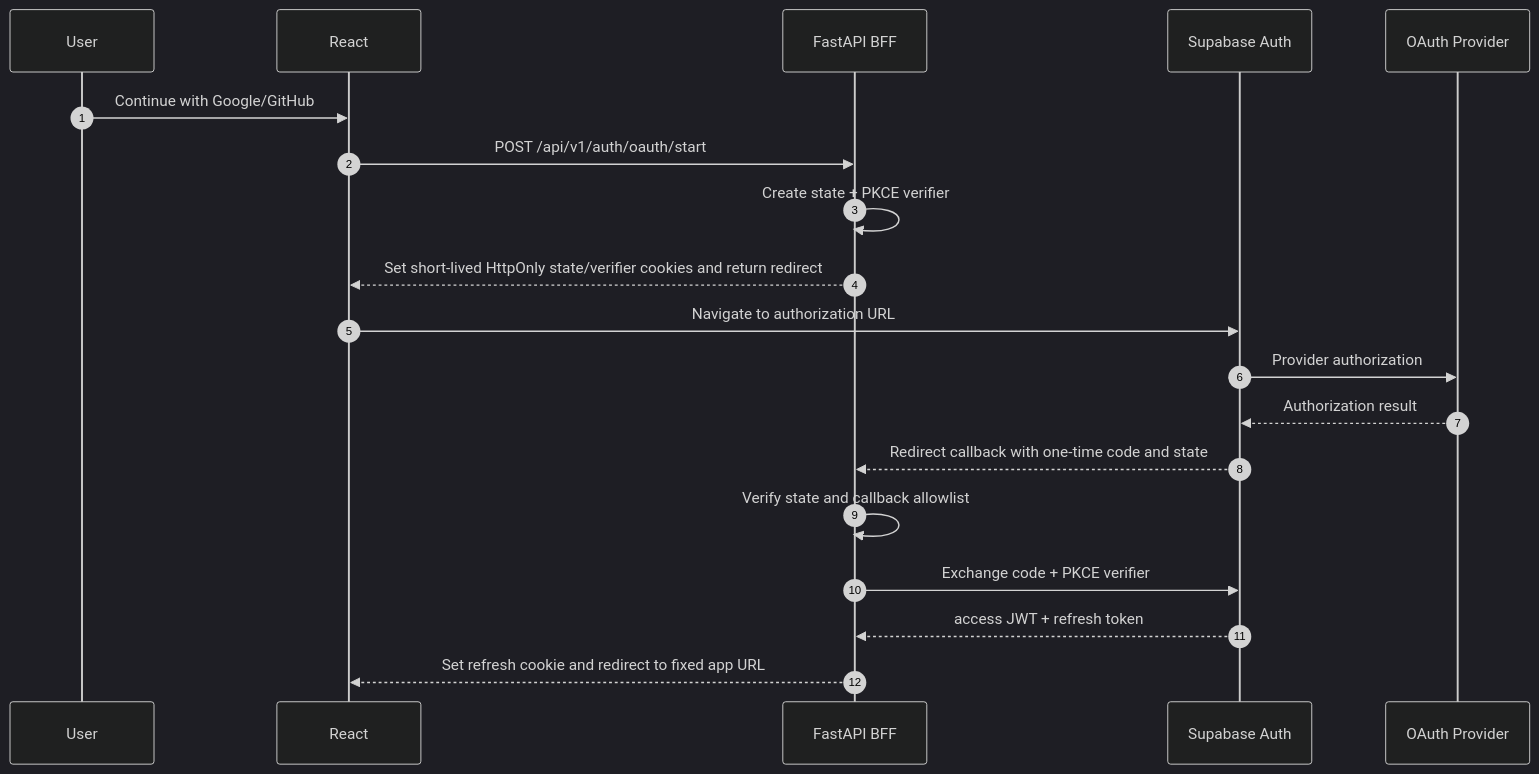
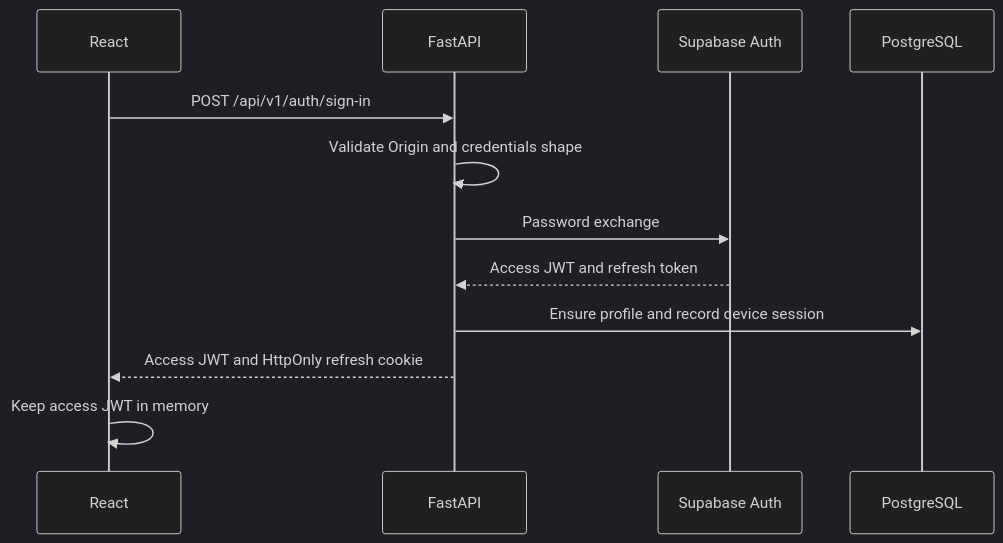
The fourth of 9 diagrams in docs/authentication-and-session-architecture.md (maheshdrago/blog-vault), drawn with Mermaid (dark theme) before and after one commit. The commit also changed other lines of this file and 59 other files, not shown here.

````diff
--- a/docs/authentication-and-session-architecture.md
+++ b/docs/authentication-and-session-architecture.md
@@ -223,22 +171,15 @@
 ```mermaid
 sequenceDiagram
-    autonumber
-    participant U as User
     participant R as React
-    participant F as FastAPI BFF
+    participant F as FastAPI
     participant S as Supabase Auth
-    participant O as OAuth Provider
+    participant D as PostgreSQL
 
-    U->>R: Continue with Google/GitHub
-    R->>F: POST /api/v1/auth/oauth/start
-    F->>F: Create state + PKCE verifier
-    F-->>R: Set short-lived HttpOnly state/verifier cookies and return redirect
-    R->>S: Navigate to authorization URL
-    S->>O: Provider authorization
-    O-->>S: Authorization result
-    S-->>F: Redirect callback with one-time code and state
-    F->>F: Verify state and callback allowlist
-    F->>S: Exchange code + PKCE verifier
-    S-->>F: access JWT + refresh token
-    F-->>R: Set refresh cookie and redirect to fixed app URL
+    R->>F: POST /api/v1/auth/sign-in
+    F->>F: Validate Origin and credentials shape
+    F->>S: Password exchange
+    S-->>F: Access JWT and refresh token
+    F->>D: Ensure profile and record device session
+    F-->>R: Access JWT and HttpOnly refresh cookie
+    R->>R: Keep access JWT in memory
 ```
````
